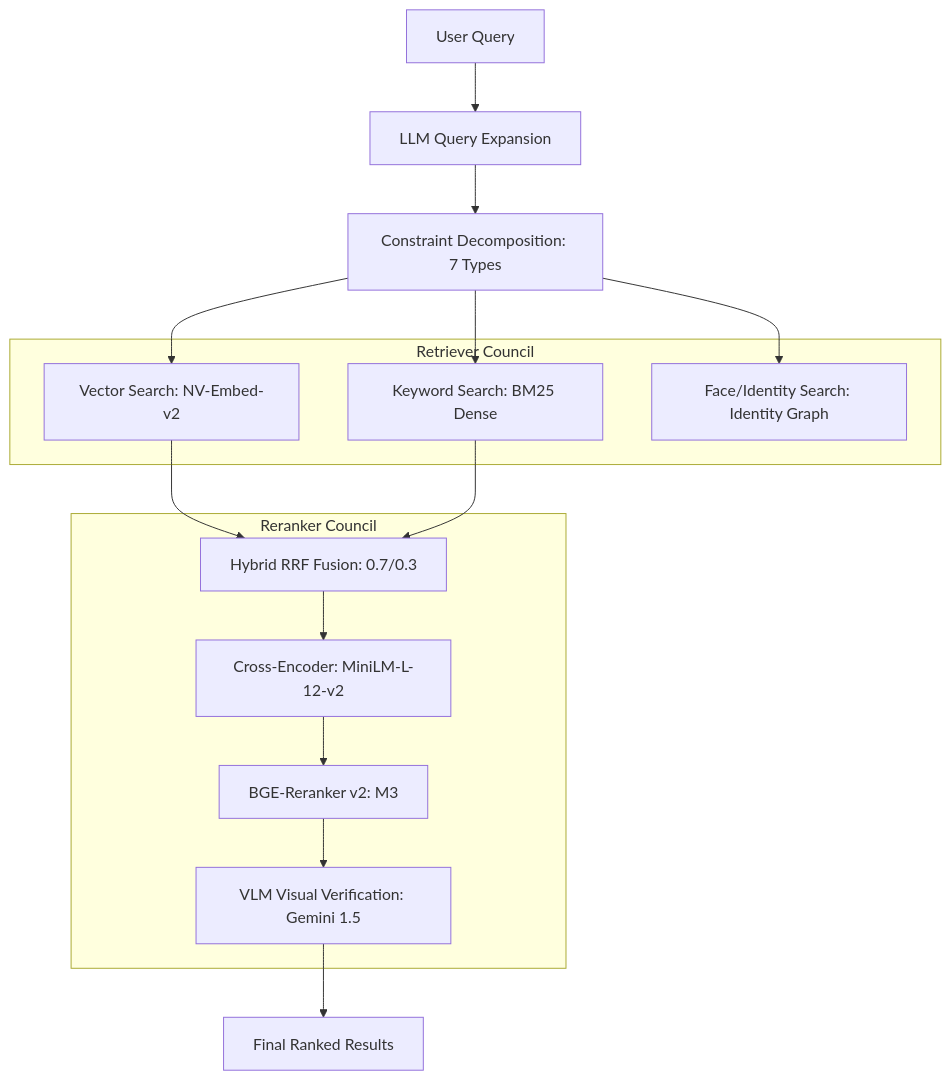
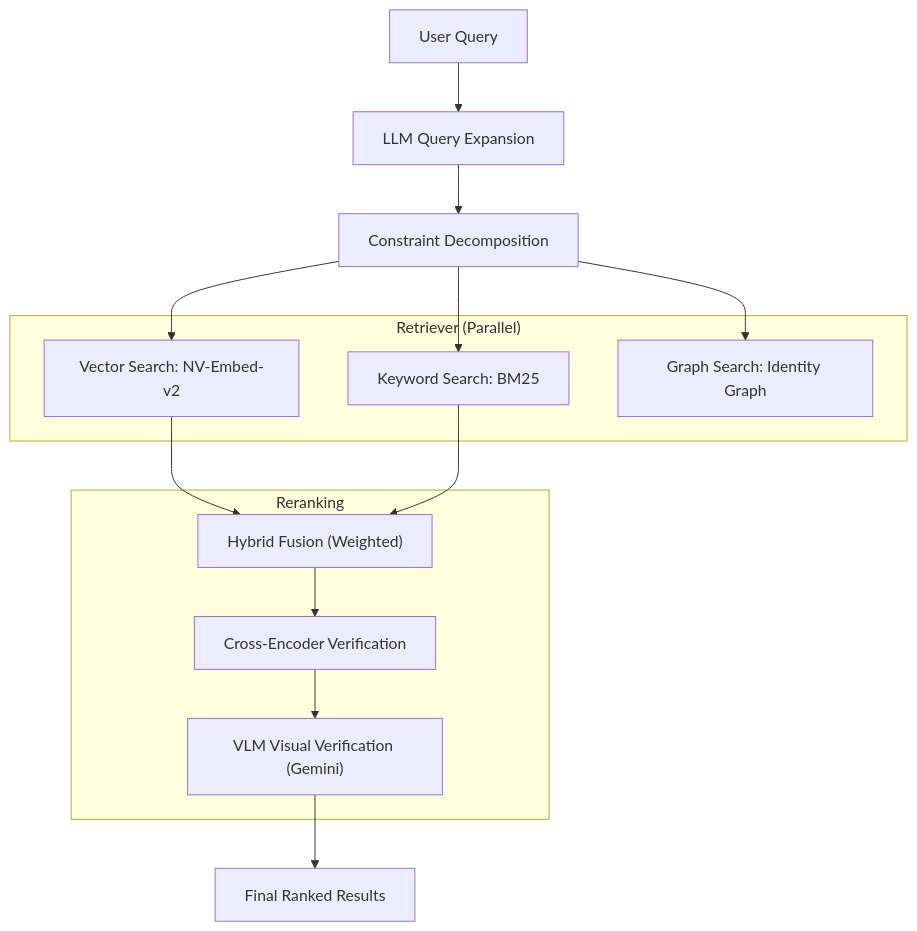
One commit to gnanaprakash2918/AI-Media-Indexer changed the second of 2 diagrams in README.md. Above: the diagram before and after it, drawn with Mermaid. The commit also changed other lines of this file and 2 other files, not shown here.

````diff
--- a/README.md
+++ b/README.md
@@ -72,30 +87,27 @@
 ```mermaid
 flowchart TD
     A[User Query] --> B[LLM Query Expansion]
-    B --> C[Constraint Decomposition: 7 Types]
+    B --> C[Constraint Decomposition]
     
-    subgraph Retrieval[Retriever Council]
+    subgraph Retrieval["Retriever (Parallel)"]
         V[Vector Search: NV-Embed-v2]
-        K[Keyword Search: BM25 Dense]
-        F[Face/Identity Search: Identity Graph]
+        K[Keyword Search: BM25]
+        F[Graph Search: Identity Graph]
     end
     
     C --> V
     C --> K
     C --> F
     
-    subgraph Scoring[Reranker Council]
-        RRF[Hybrid RRF Fusion: 0.7/0.3]
-        CE[Cross-Encoder: MiniLM-L-12-v2]
-        BGE[BGE-Reranker v2: M3]
-        VV[VLM Visual Verification: Gemini 1.5]
+    subgraph Scoring["Reranking"]
+        RRF["Hybrid Fusion (Weighted)"]
+        CE[Cross-Encoder Verification]
+        LLM["VLM Visual Verification (Gemini)"]
     end
     
     V --> RRF
     K --> RRF
     RRF --> CE
-    CE --> BGE
-    BGE --> VV
-    
-    VV --> Q[Final Ranked Results]
+    CE --> LLM
+    LLM --> Q[Final Ranked Results]
 ```
````
